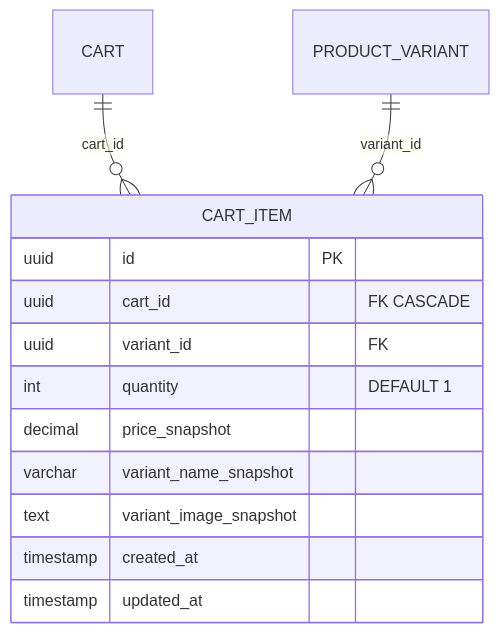
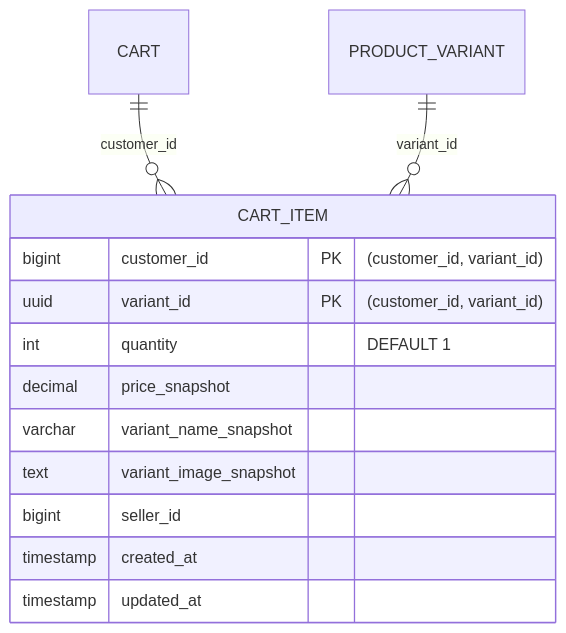
One commit to ldqanh1408/stealing-from-paradise changed the diagram in documents/data-models/product-service/entity-cart-item.md. Above: the diagram before and after it, drawn with Mermaid. The commit also changed other lines of this file and 8 other files, not shown here.

Commit message:
Refactor(docs) update cart and cart item documentation for clarity and consistency in business rules and data models

````diff
--- a/documents/data-models/product-service/entity-cart-item.md
+++ b/documents/data-models/product-service/entity-cart-item.md
@@ -12,17 +12,17 @@
 ```mermaid
 erDiagram
-    CART ||--o{ CART_ITEM : "cart_id"
+    CART ||--o{ CART_ITEM : "customer_id"
     PRODUCT_VARIANT ||--o{ CART_ITEM : "variant_id"
 
     CART_ITEM {
-        uuid id PK
-        uuid cart_id "FK CASCADE"
-        uuid variant_id "FK"
+        bigint customer_id PK "(customer_id, variant_id)"
+        uuid variant_id PK "(customer_id, variant_id)"
         int quantity "DEFAULT 1"
         decimal price_snapshot
         varchar variant_name_snapshot
         text variant_image_snapshot
+        bigint seller_id
         timestamp created_at
         timestamp updated_at
     }
 ```
````
